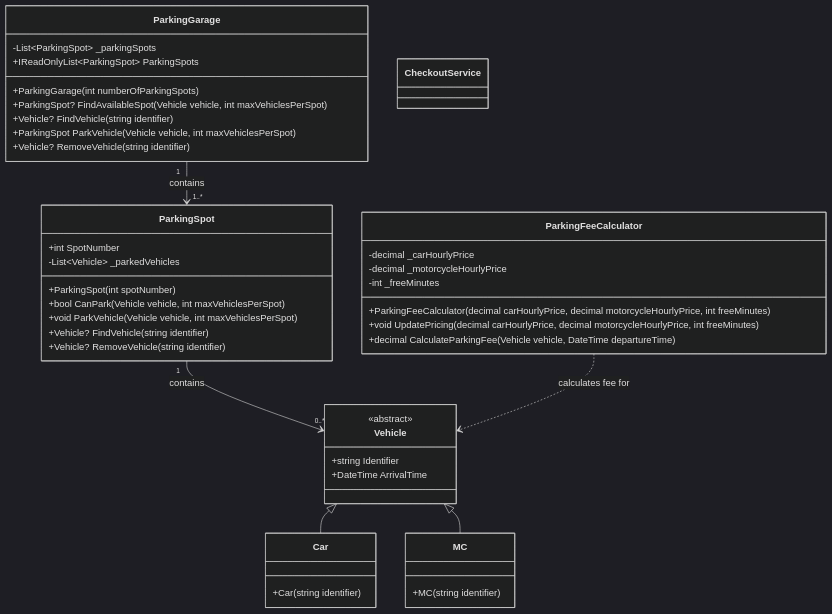
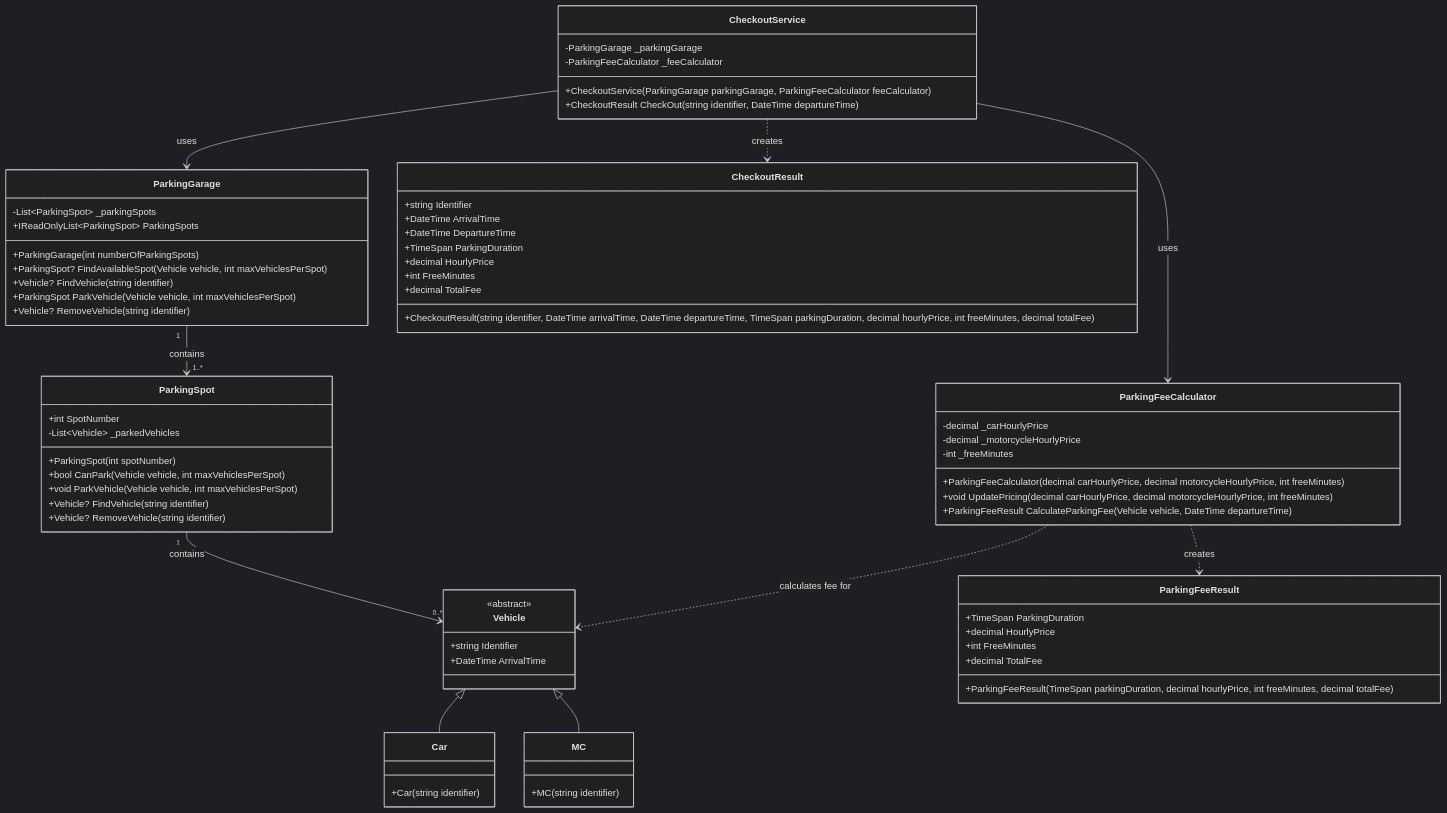
Before and after one commit to KYH-RAMI/CSharp-Assignments: the diagram in docs/class-diagram.md, drawn with Mermaid (dark theme). The commit also changed 11 other files, not shown here.

Commit message:
implement checkout flow and update documentation

````diff
--- a/docs/class-diagram.md
+++ b/docs/class-diagram.md
@@ -12,6 +12,11 @@
     ParkingSpot "1" --> "0..*" Vehicle : contains
 
     ParkingFeeCalculator ..> Vehicle : calculates fee for
+    ParkingFeeCalculator ..> ParkingFeeResult : creates
+
+    CheckoutService --> ParkingGarage : uses
+    CheckoutService --> ParkingFeeCalculator : uses
+    CheckoutService ..> CheckoutResult : creates
 
     class Vehicle {
         <<abstract>>
@@ -53,9 +58,32 @@
         -int _freeMinutes
         +ParkingFeeCalculator(decimal carHourlyPrice, decimal motorcycleHourlyPrice, int freeMinutes)
         +void UpdatePricing(decimal carHourlyPrice, decimal motorcycleHourlyPrice, int freeMinutes)
-        +decimal CalculateParkingFee(Vehicle vehicle, DateTime departureTime)
+        +ParkingFeeResult CalculateParkingFee(Vehicle vehicle, DateTime departureTime)
+    }
+
+    class ParkingFeeResult {
+        +TimeSpan ParkingDuration
+        +decimal HourlyPrice
+        +int FreeMinutes
+        +decimal TotalFee
+        +ParkingFeeResult(TimeSpan parkingDuration, decimal hourlyPrice, int freeMinutes, decimal totalFee)
     }
 
     class CheckoutService {
+        -ParkingGarage _parkingGarage
+        -ParkingFeeCalculator _feeCalculator
+        +CheckoutService(ParkingGarage parkingGarage, ParkingFeeCalculator feeCalculator)
+        +CheckoutResult CheckOut(string identifier, DateTime departureTime)
+    }
+
+    class CheckoutResult {
+        +string Identifier
+        +DateTime ArrivalTime
+        +DateTime DepartureTime
+        +TimeSpan ParkingDuration
+        +decimal HourlyPrice
+        +int FreeMinutes
+        +decimal TotalFee
+        +CheckoutResult(string identifier, DateTime arrivalTime, DateTime departureTime, TimeSpan parkingDuration, decimal hourlyPrice, int freeMinutes, decimal totalFee)
     }
 ```
````
